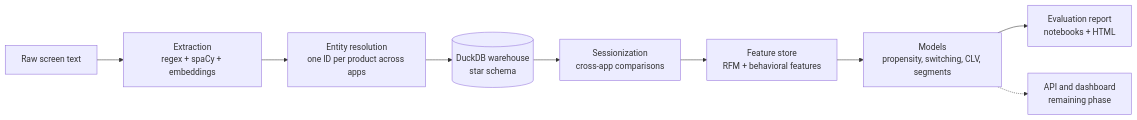
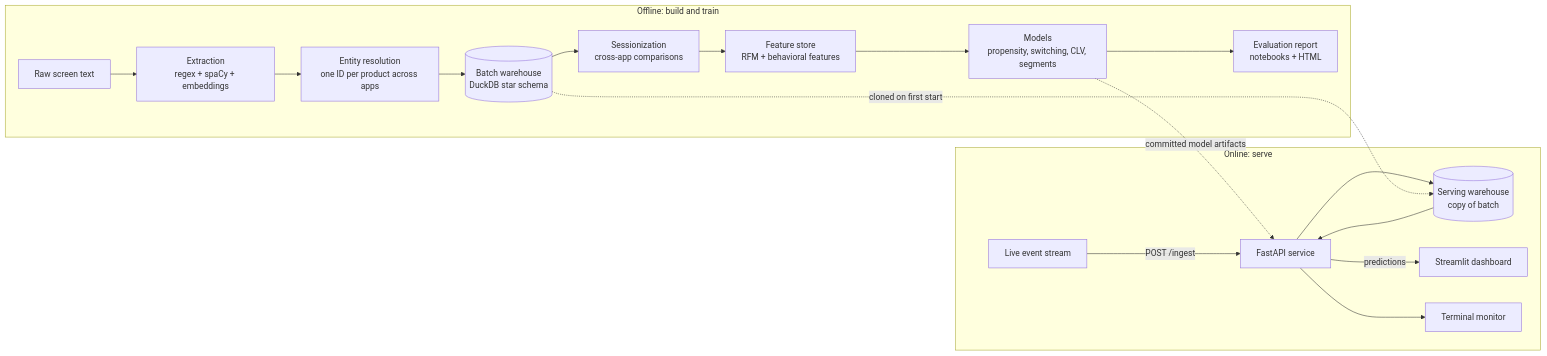
The diagram in README.md (phy-nikhilroy/consumer-telemetry), drawn with Mermaid before and after one commit. The commit also changed other lines of this file, not shown here.

Commit message:
docs: document the serving layer, api, performance, and design trade-offs

````diff
--- a/README.md
+++ b/README.md
@@ -92,11 +97,21 @@
 ```mermaid
 flowchart LR
-    A[Raw screen text] --> B[Extraction<br/>regex + spaCy + embeddings]
-    B --> C[Entity resolution<br/>one ID per product across apps]
-    C --> D[(DuckDB warehouse<br/>star schema)]
-    D --> E[Sessionization<br/>cross-app comparisons]
-    E --> F[Feature store<br/>RFM + behavioral features]
-    F --> G[Models<br/>propensity, switching, CLV, segments]
-    G --> H[Evaluation report<br/>notebooks + HTML]
-    G -.-> I[API and dashboard<br/>remaining phase]
+    subgraph offline[Offline: build and train]
+        A[Raw screen text] --> B[Extraction<br/>regex + spaCy + embeddings]
+        B --> C[Entity resolution<br/>one ID per product across apps]
+        C --> D[(Batch warehouse<br/>DuckDB star schema)]
+        D --> E[Sessionization<br/>cross-app comparisons]
+        E --> F[Feature store<br/>RFM + behavioral features]
+        F --> G[Models<br/>propensity, switching, CLV, segments]
+        G --> H[Evaluation report<br/>notebooks + HTML]
+    end
+    subgraph online[Online: serve]
+        S[Live event stream] -->|POST /ingest| API[FastAPI service]
+        API --> SW[(Serving warehouse<br/>copy of batch)]
+        SW --> API
+        API -->|predictions| DB[Streamlit dashboard]
+        API --> M[Terminal monitor]
+    end
+    D -. cloned on first start .-> SW
+    G -. committed model artifacts .-> API
 ```
````
